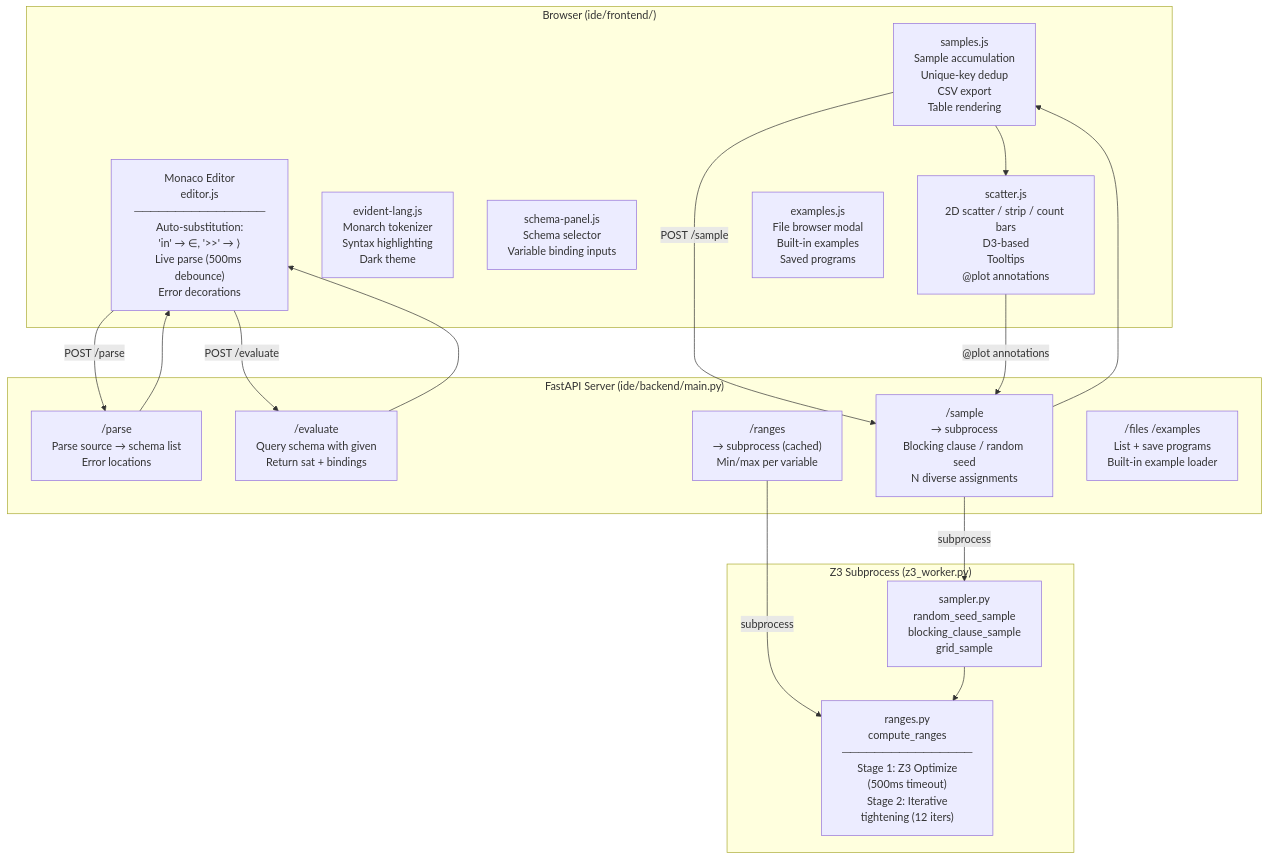
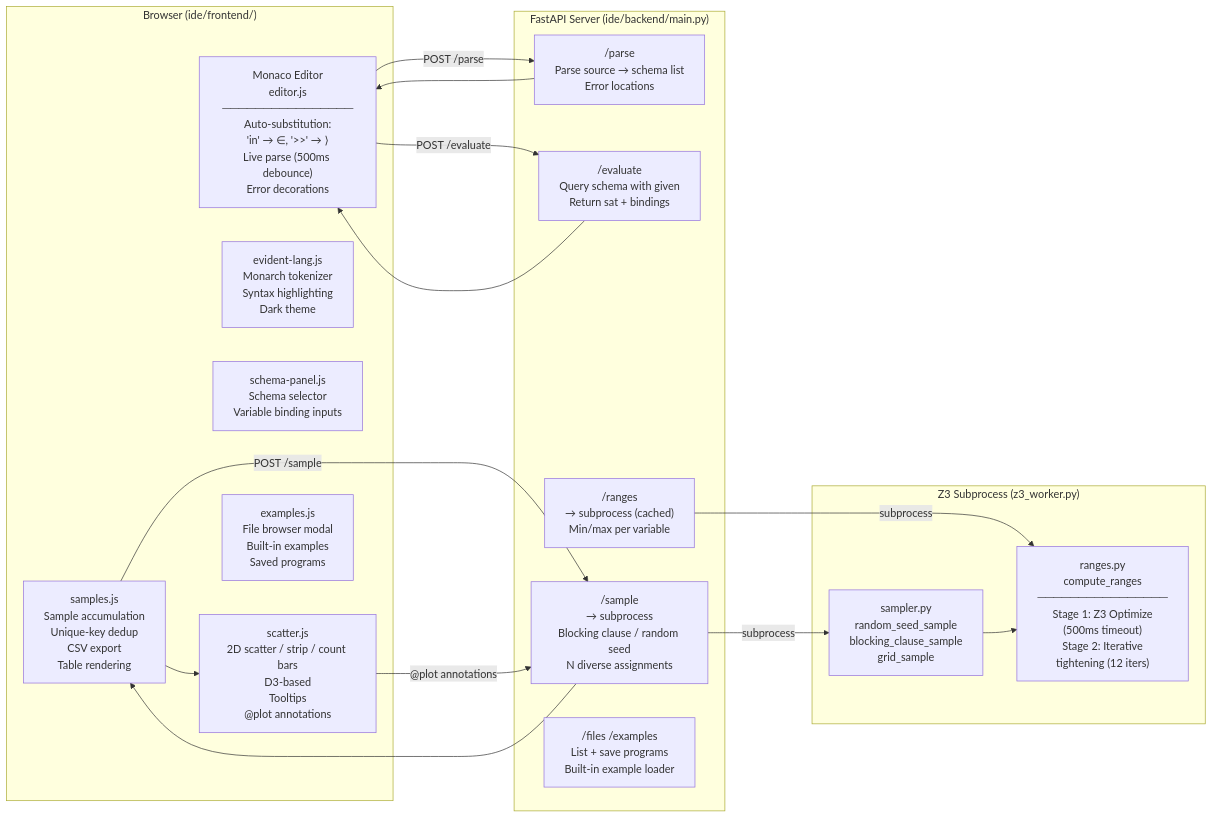
Before and after one commit to danroblewis/evident: the fourth of 7 diagrams in ARCHITECTURE.md, drawn with Mermaid. The commit also changed other lines of this file, not shown here.

First line of the commit message:
Fix Mermaid syntax in ARCHITECTURE.md

````diff
--- a/ARCHITECTURE.md
+++ b/ARCHITECTURE.md
@@ -100,37 +100,37 @@
 ```mermaid
-flowchart TB
+flowchart LR
     subgraph Browser ["Browser (ide/frontend/)"]
         ME["Monaco Editor\neditor.js\n────────────────\nAuto-substitution:\n'in' → ∈, '>>' → ⟩\nLive parse (500ms debounce)\nError decorations"]
         EL["evident-lang.js\nMonarch tokenizer\nSyntax highlighting\nDark theme"]
         SP["schema-panel.js\nSchema selector\nVariable binding inputs"]
         SA["samples.js\nSample accumulation\nUnique-key dedup\nCSV export\nTable rendering"]
         SC["scatter.js\n2D scatter / strip / count bars\nD3-based\nTooltips\n@plot annotations"]
         EX["examples.js\nFile browser modal\nBuilt-in examples\nSaved programs"]
     end
 
     subgraph Server ["FastAPI Server (ide/backend/main.py)"]
         PE["/parse\nParse source → schema list\nError locations"]
         EV["/evaluate\nQuery schema with given\nReturn sat + bindings"]
         SA2["/sample\n→ subprocess\nBlocking clause / random seed\nN diverse assignments"]
         RG["/ranges\n→ subprocess (cached)\nMin/max per variable"]
         FI["/files /examples\nList + save programs\nBuilt-in example loader"]
     end
 
     subgraph Worker ["Z3 Subprocess (z3_worker.py)"]
         SM["sampler.py\nrandom_seed_sample\nblocking_clause_sample\ngrid_sample"]
         RA["ranges.py\ncompute_ranges\n────────────────\nStage 1: Z3 Optimize\n(500ms timeout)\nStage 2: Iterative\ntightening (12 iters)"]
     end
 
     ME -->|"POST /parse"| PE
     ME -->|"POST /evaluate"| EV
     SA -->|"POST /sample"| SA2
     SC -->|"@plot annotations"| SA2
     SA2 -->|"subprocess"| SM
     RG -->|"subprocess"| RA
     SM --> RA
 
     PE --> ME
     EV --> ME
     SA2 --> SA
     SA --> SC
 ```
````
